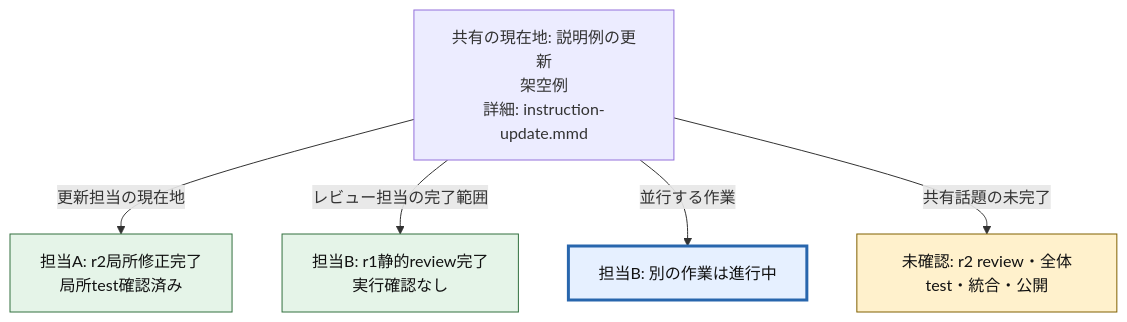
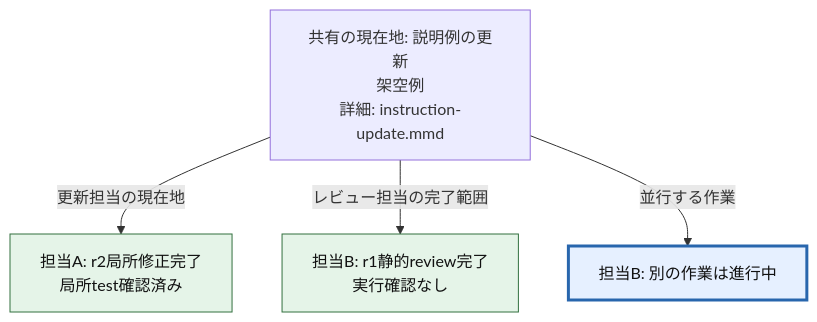
Before and after one commit to natumekazuki/.claude: the diagram in skills/session-graph/assets/index.mmd, drawn with Mermaid. The commit also changed 12 other files, not shown here.

```diff
--- a/skills/session-graph/assets/index.mmd
+++ b/skills/session-graph/assets/index.mmd
@@ -1,15 +1,12 @@
 flowchart TB
     %% 架空の説明例。Character・役割・状態・参照先は実作業の事実ではない。
     NOW["共有の現在地: 説明例の更新<br/>架空例<br/>詳細: instruction-update.mmd"]
     ACTOR_A["担当A: r2局所修正完了<br/>局所test確認済み"]:::done
     ACTOR_B["担当B: r1静的review完了<br/>実行確認なし"]:::done
     ACTOR_B_OTHER["担当B: 別の作業は進行中"]:::active
-    ACCEPT["未確認: r2 review・全体test・統合・公開"]:::pending
     NOW -->|更新担当の現在地| ACTOR_A
     NOW -->|レビュー担当の完了範囲| ACTOR_B
     NOW -->|並行する作業| ACTOR_B_OTHER
-    NOW -->|共有話題の未完了| ACCEPT
     click NOW "instruction-update.mmd" "主体・対象範囲・根拠の詳細"
     classDef active fill:#e6f0ff,stroke:#2866ad,color:#111,stroke-width:3px
-    classDef pending fill:#fff1cc,stroke:#806000,color:#111
     classDef done fill:#e5f4e8,stroke:#32703f,color:#111
```
